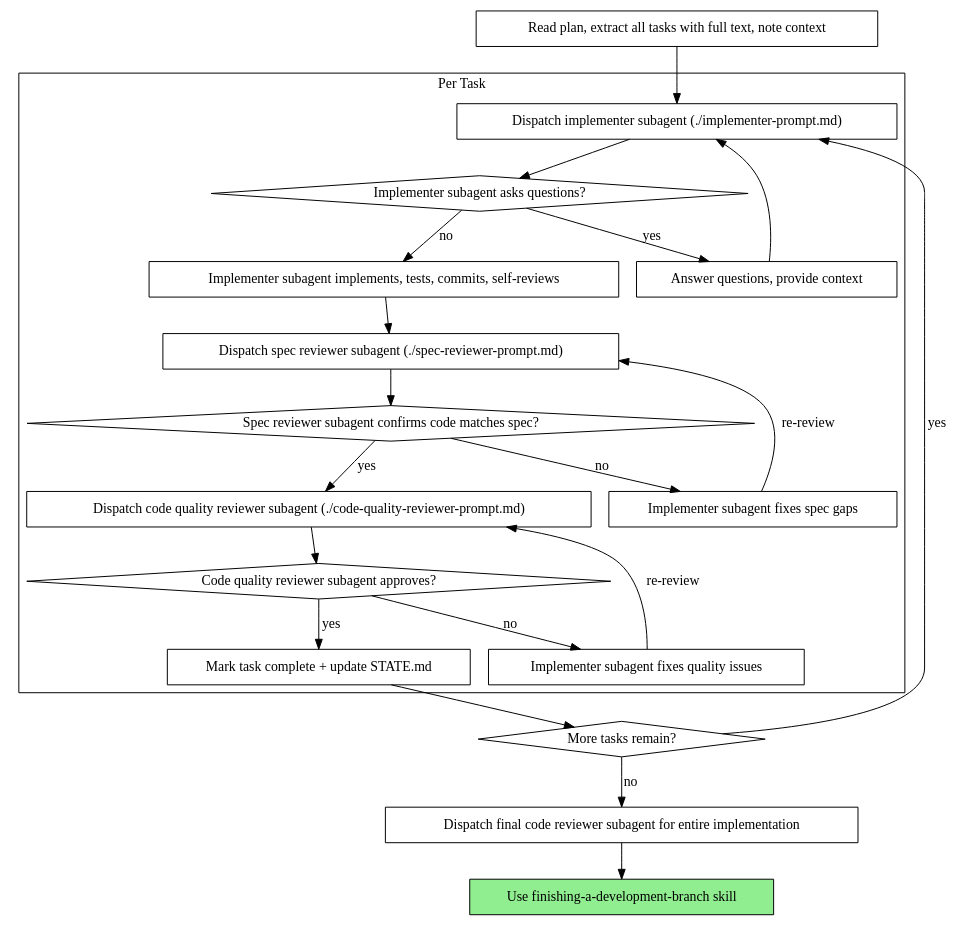
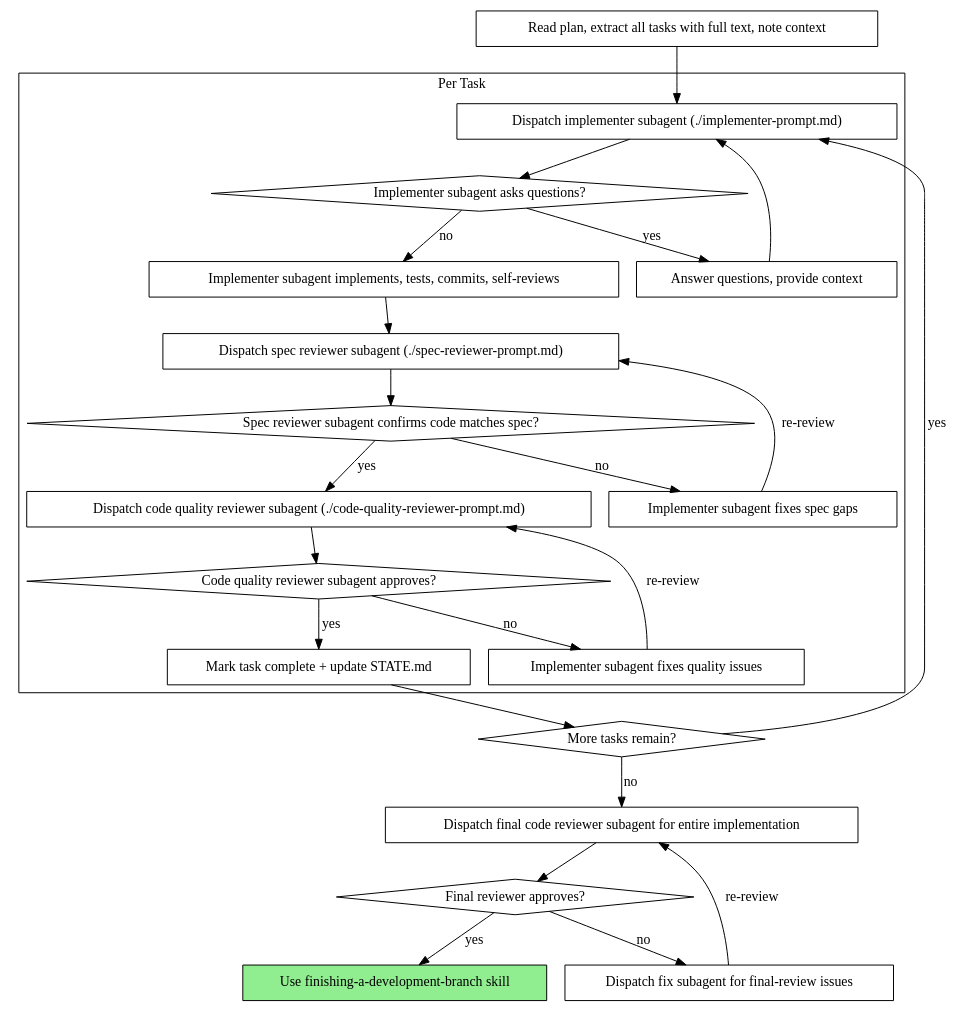
One commit to ppm98dev/Coding-Workflow changed the second of 2 diagrams in .agents/skills/subagent-driven-development/SKILL.md. Above: the diagram before and after it, drawn with Graphviz. The commit also changed other lines of this file and 31 other files, not shown here.

Commit message:
refactor: standardize Quantis agent workflows, subagent dispatch protocols, and state management documentation across all skill definitions.

````diff
--- a/.agents/skills/subagent-driven-development/SKILL.md
+++ b/.agents/skills/subagent-driven-development/SKILL.md
@@ -72,44 +72,49 @@
 ```dot
 digraph process {
     rankdir=TB;
 
     subgraph cluster_per_task {
         label="Per Task";
         "Dispatch implementer subagent (./implementer-prompt.md)" [shape=box];
         "Implementer subagent asks questions?" [shape=diamond];
         "Answer questions, provide context" [shape=box];
         "Implementer subagent implements, tests, commits, self-reviews" [shape=box];
         "Dispatch spec reviewer subagent (./spec-reviewer-prompt.md)" [shape=box];
         "Spec reviewer subagent confirms code matches spec?" [shape=diamond];
         "Implementer subagent fixes spec gaps" [shape=box];
         "Dispatch code quality reviewer subagent (./code-quality-reviewer-prompt.md)" [shape=box];
         "Code quality reviewer subagent approves?" [shape=diamond];
         "Implementer subagent fixes quality issues" [shape=box];
         "Mark task complete + update STATE.md" [shape=box];
     }
 
     "Read plan, extract all tasks with full text, note context" [shape=box];
     "More tasks remain?" [shape=diamond];
     "Dispatch final code reviewer subagent for entire implementation" [shape=box];
+    "Final reviewer approves?" [shape=diamond];
+    "Dispatch fix subagent for final-review issues" [shape=box];
     "Use finishing-a-development-branch skill" [shape=box style=filled fillcolor=lightgreen];
 
     "Read plan, extract all tasks with full text, note context" -> "Dispatch implementer subagent (./implementer-prompt.md)";
     "Dispatch implementer subagent (./implementer-prompt.md)" -> "Implementer subagent asks questions?";
     "Implementer subagent asks questions?" -> "Answer questions, provide context" [label="yes"];
     "Answer questions, provide context" -> "Dispatch implementer subagent (./implementer-prompt.md)";
     "Implementer subagent asks questions?" -> "Implementer subagent implements, tests, commits, self-reviews" [label="no"];
     "Implementer subagent implements, tests, commits, self-reviews" -> "Dispatch spec reviewer subagent (./spec-reviewer-prompt.md)";
     "Dispatch spec reviewer subagent (./spec-reviewer-prompt.md)" -> "Spec reviewer subagent confirms code matches spec?";
     "Spec reviewer subagent confirms code matches spec?" -> "Implementer subagent fixes spec gaps" [label="no"];
     "Implementer subagent fixes spec gaps" -> "Dispatch spec reviewer subagent (./spec-reviewer-prompt.md)" [label="re-review"];
     "Spec reviewer subagent confirms code matches spec?" -> "Dispatch code quality reviewer subagent (./code-quality-reviewer-prompt.md)" [label="yes"];
     "Dispatch code quality reviewer subagent (./code-quality-reviewer-prompt.md)" -> "Code quality reviewer subagent approves?";
     "Code quality reviewer subagent approves?" -> "Implementer subagent fixes quality issues" [label="no"];
     "Implementer subagent fixes quality issues" -> "Dispatch code quality reviewer subagent (./code-quality-reviewer-prompt.md)" [label="re-review"];
     "Code quality reviewer subagent approves?" -> "Mark task complete + update STATE.md" [label="yes"];
     "Mark task complete + update STATE.md" -> "More tasks remain?";
     "More tasks remain?" -> "Dispatch implementer subagent (./implementer-prompt.md)" [label="yes"];
     "More tasks remain?" -> "Dispatch final code reviewer subagent for entire implementation" [label="no"];
-    "Dispatch final code reviewer subagent for entire implementation" -> "Use finishing-a-development-branch skill";
+    "Dispatch final code reviewer subagent for entire implementation" -> "Final reviewer approves?";
+    "Final reviewer approves?" -> "Dispatch fix subagent for final-review issues" [label="no"];
+    "Dispatch fix subagent for final-review issues" -> "Dispatch final code reviewer subagent for entire implementation" [label="re-review"];
+    "Final reviewer approves?" -> "Use finishing-a-development-branch skill" [label="yes"];
 }
 ```
````
